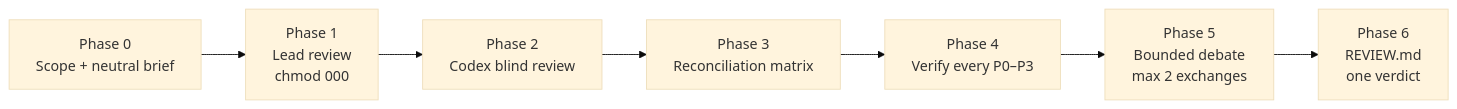
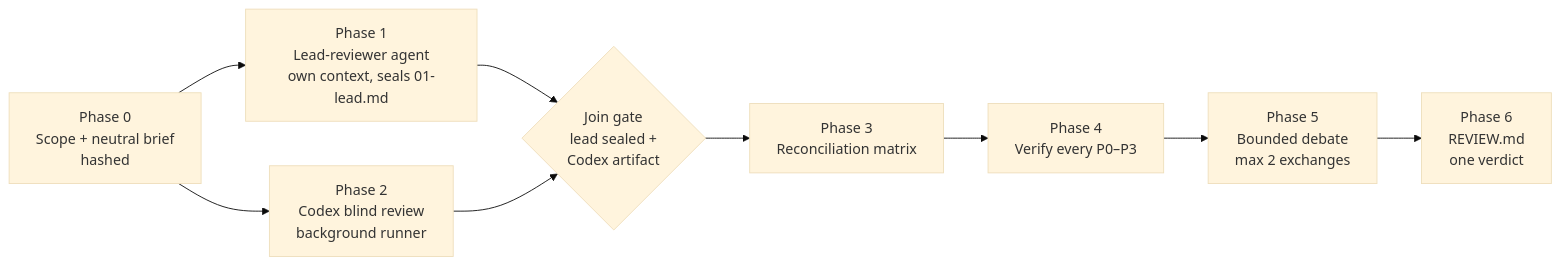
One commit to hishamkaram/claude-codex-duo changed the first of 3 diagrams in README.md. Above: the diagram before and after it, drawn with Mermaid (base theme). The commit also changed other lines of this file and 16 other files, not shown here.

First line of the commit message:
feat(codex-pr-review): 2.0.0 — concurrent lead-agent and Codex reviews, join gates, opt-in --workflow (#1)

````diff
--- a/README.md
+++ b/README.md
@@ -130,9 +130,11 @@
 ```mermaid
 flowchart LR
-    A[Phase 0<br/>Scope + neutral brief] --> B[Phase 1<br/>Lead review<br/>chmod 000]
-    B --> C[Phase 2<br/>Codex blind review]
-    C --> D[Phase 3<br/>Reconciliation matrix]
+    A[Phase 0<br/>Scope + neutral brief<br/>hashed] --> B[Phase 1<br/>Lead-reviewer agent<br/>own context, seals 01-lead.md]
+    A --> C[Phase 2<br/>Codex blind review<br/>background runner]
+    B --> J{Join gate<br/>lead sealed +<br/>Codex artifact}
+    C --> J
+    J --> D[Phase 3<br/>Reconciliation matrix]
     D --> E[Phase 4<br/>Verify every P0–P3]
     E --> F[Phase 5<br/>Bounded debate<br/>max 2 exchanges]
     F --> G[Phase 6<br/>REVIEW.md<br/>one verdict]
 ```
````
